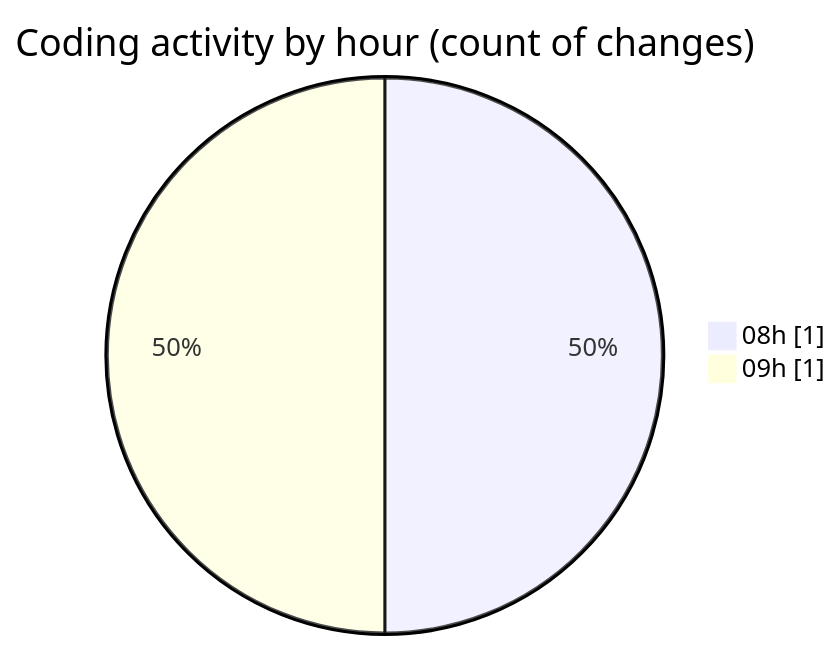
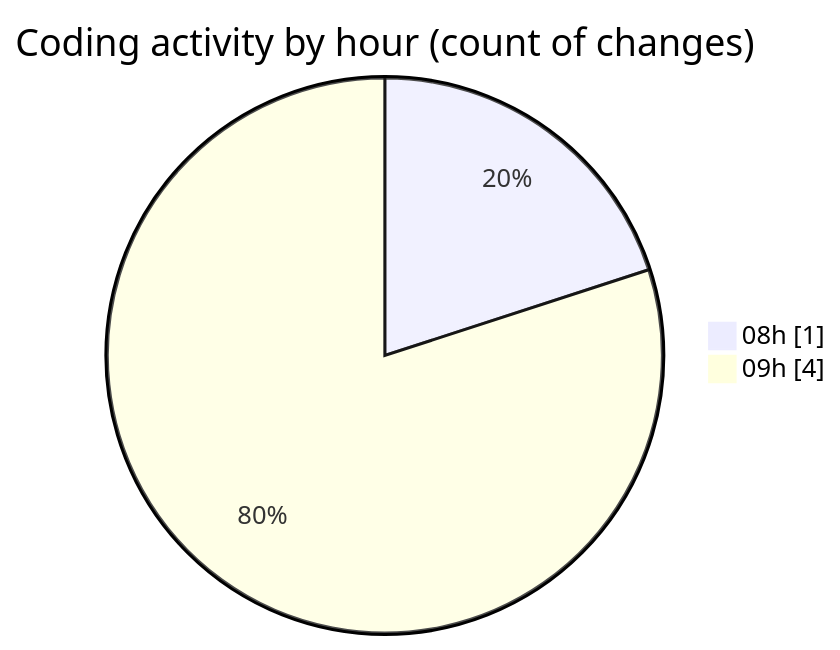
One commit to BS-eng2023/code-tracking changed the second of 2 diagrams in 2025-04-04/jsvms/README.md. Above: the diagram before and after it, drawn with Mermaid. The commit also changed other lines of this file and 1 other file, not shown here.

````diff
--- a/2025-04-04/jsvms/README.md
+++ b/2025-04-04/jsvms/README.md
@@ -29,6 +30,6 @@
 ```mermaid
 pie showData
 title Coding activity by hour (count of changes)
 "08h" : 1
-"09h" : 1
+"09h" : 4
 ```
````
